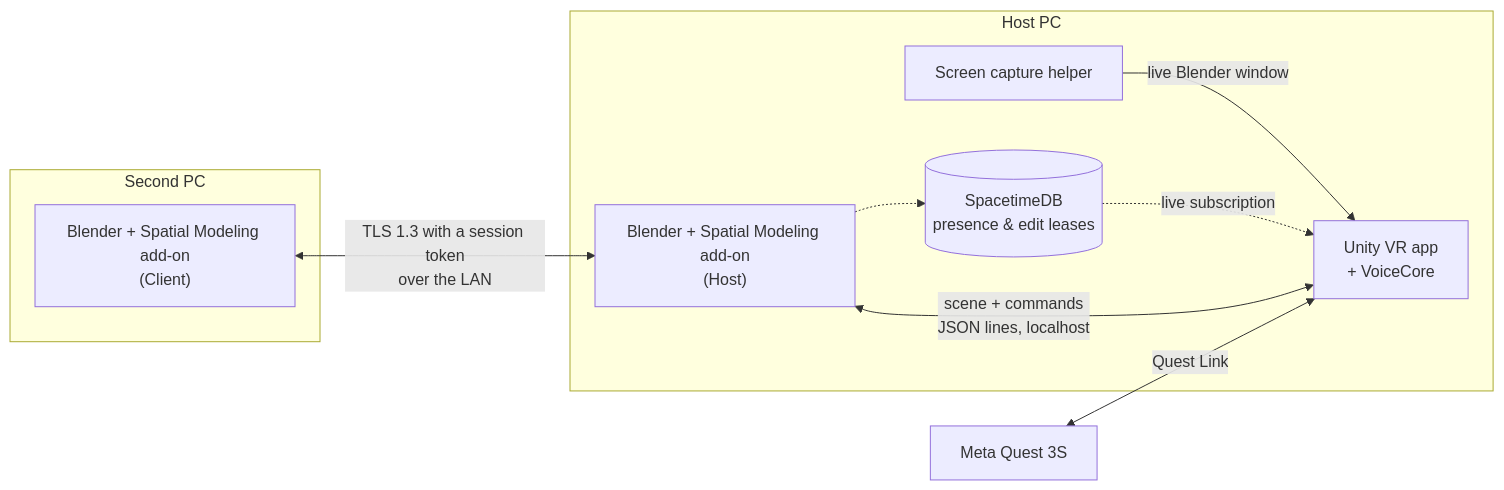
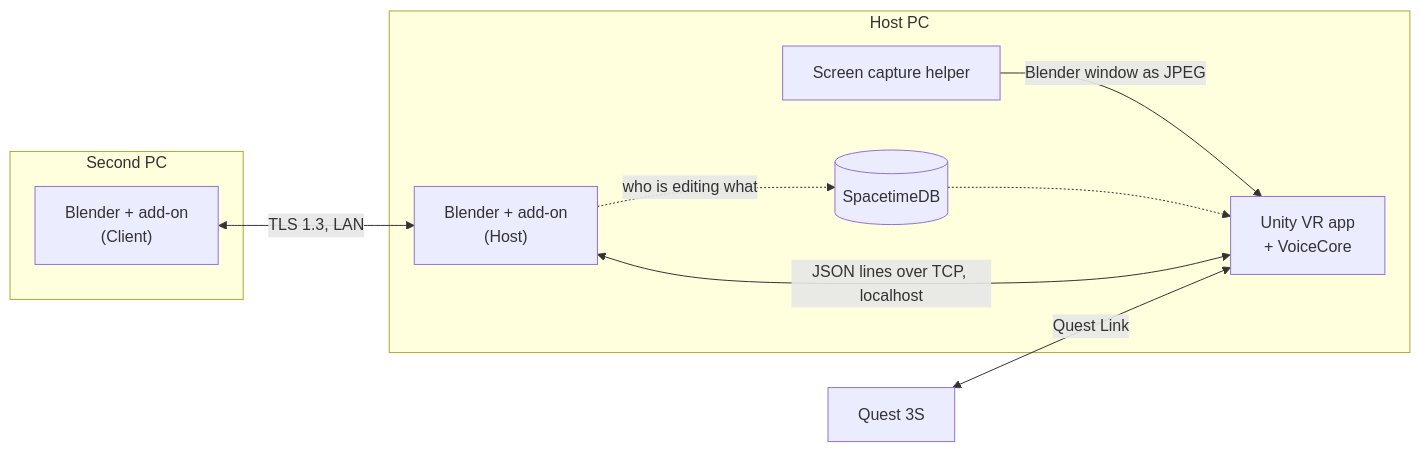
One commit to waaberi/calhacks13 changed the diagram in README.md. Above: the diagram before and after it, drawn with Mermaid. The commit also changed other lines of this file, not shown here.

````diff
--- a/README.md
+++ b/README.md
@@ -39,19 +21,19 @@
 ```mermaid
 flowchart LR
   subgraph pc1["Host PC"]
-    host["Blender + Spatial Modeling add-on<br/>(Host)"]
+    host["Blender + add-on<br/>(Host)"]
     app["Unity VR app<br/>+ VoiceCore"]
     capture["Screen capture helper"]
-    stdb[("SpacetimeDB<br/>presence & edit leases")]
+    stdb[("SpacetimeDB")]
   end
   subgraph pc2["Second PC"]
-    client["Blender + Spatial Modeling add-on<br/>(Client)"]
+    client["Blender + add-on<br/>(Client)"]
   end
-  quest["Meta Quest 3S"]
-  app <-->|"scene + commands<br/>JSON lines, localhost"| host
-  capture -->|"live Blender window"| app
-  client <-->|"TLS 1.3 with a session token<br/>over the LAN"| host
+  quest["Quest 3S"]
+  app <-->|"JSON lines over TCP, localhost"| host
+  capture -->|"Blender window as JPEG"| app
+  client <-->|"TLS 1.3, LAN"| host
   quest <-->|"Quest Link"| app
-  host -.-> stdb
-  stdb -.->|"live subscription"| app
+  host -.->|"who is editing what"| stdb
+  stdb -.-> app
 ```
````
